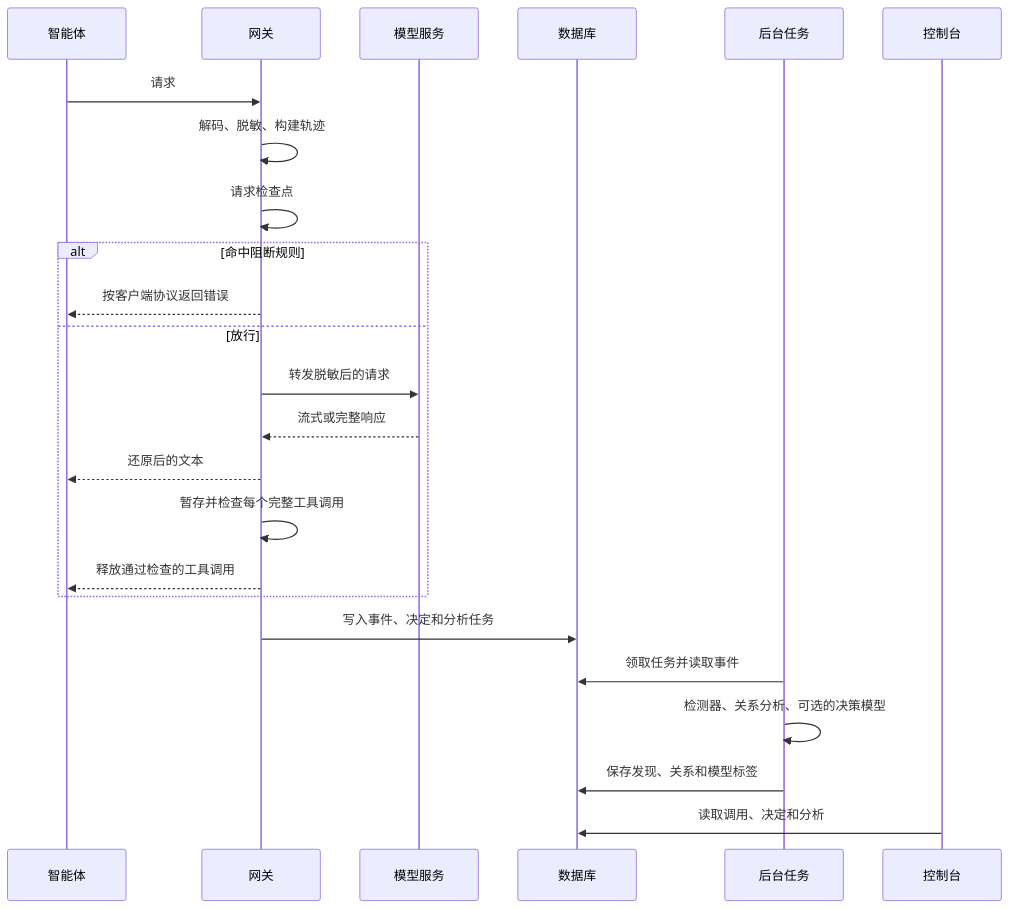
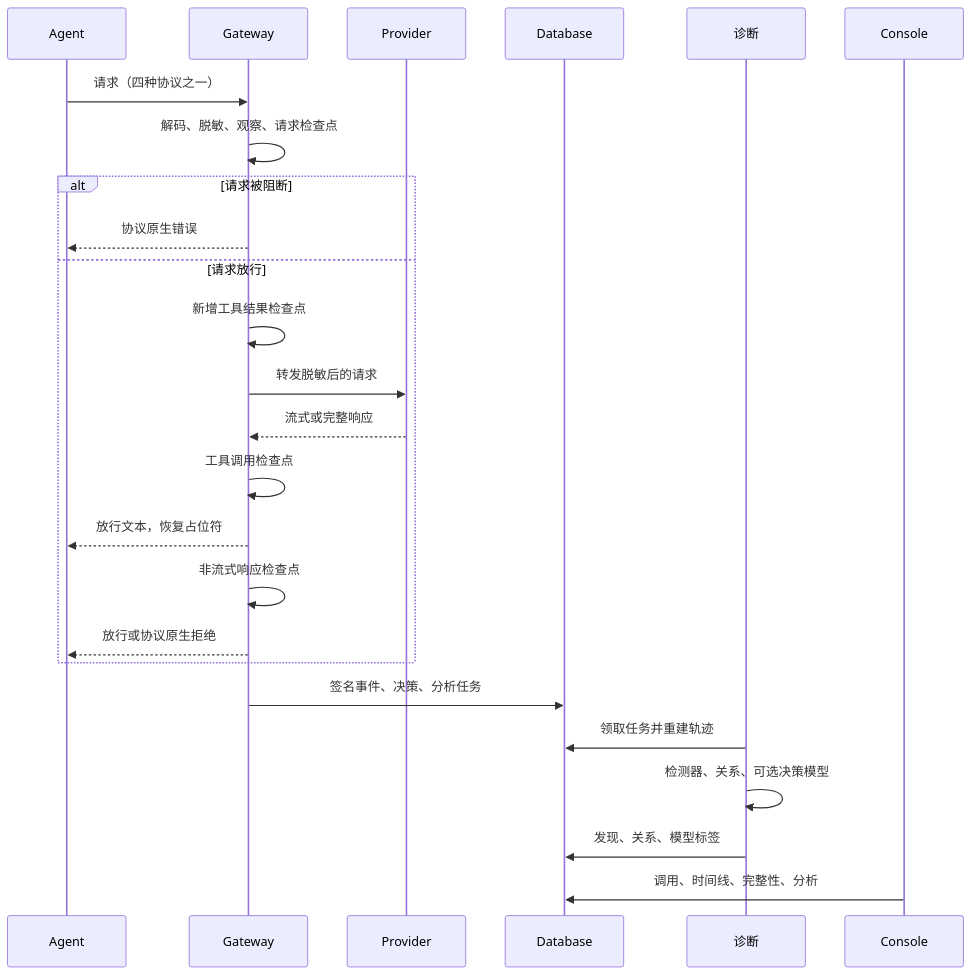
The second of 2 diagrams in docs/human/architecture_zh.md (yv1ing/SafeAgent), drawn with Mermaid before and after one commit. The commit also changed other lines of this file and 344 other files, not shown here.

````diff
--- a/docs/human/architecture_zh.md
+++ b/docs/human/architecture_zh.md
@@ -15,27 +52,28 @@
 ```mermaid
 sequenceDiagram
-    participant Agent as 智能体
-    participant Gateway as 网关
-    participant Provider as 模型服务
-    participant Database as 数据库
-    participant Worker as 后台任务
-    participant Console as 控制台
+    participant Agent
+    participant Gateway
+    participant Provider
+    participant Database
+    participant Diagnosis as 诊断
+    participant Console
 
-    Agent->>Gateway: 请求
-    Gateway->>Gateway: 解码、脱敏、构建轨迹
-    Gateway->>Gateway: 请求检查点
-    alt 命中阻断规则
-        Gateway-->>Agent: 按客户端协议返回错误
-    else 放行
+    Agent->>Gateway: 请求（四种协议之一）
+    Gateway->>Gateway: 解码、脱敏、观察、请求检查点
+    alt 请求被阻断
+        Gateway-->>Agent: 协议原生错误
+    else 请求放行
+        Gateway->>Gateway: 新增工具结果检查点
         Gateway->>Provider: 转发脱敏后的请求
         Provider-->>Gateway: 流式或完整响应
-        Gateway-->>Agent: 还原后的文本
-        Gateway->>Gateway: 暂存并检查每个完整工具调用
-        Gateway-->>Agent: 释放通过检查的工具调用
+        Gateway->>Gateway: 工具调用检查点
+        Gateway-->>Agent: 放行文本，恢复占位符
+        Gateway->>Gateway: 非流式响应检查点
+        Gateway-->>Agent: 放行或协议原生拒绝
     end
-    Gateway->>Database: 写入事件、决定和分析任务
-    Worker->>Database: 领取任务并读取事件
-    Worker->>Worker: 检测器、关系分析、可选的决策模型
-    Worker->>Database: 保存发现、关系和模型标签
-    Console->>Database: 读取调用、决定和分析
+    Gateway->>Database: 签名事件、决策、分析任务
+    Diagnosis->>Database: 领取任务并重建轨迹
+    Diagnosis->>Diagnosis: 检测器、关系、可选决策模型
+    Diagnosis->>Database: 发现、关系、模型标签
+    Console->>Database: 调用、时间线、完整性、分析
 ```
````
